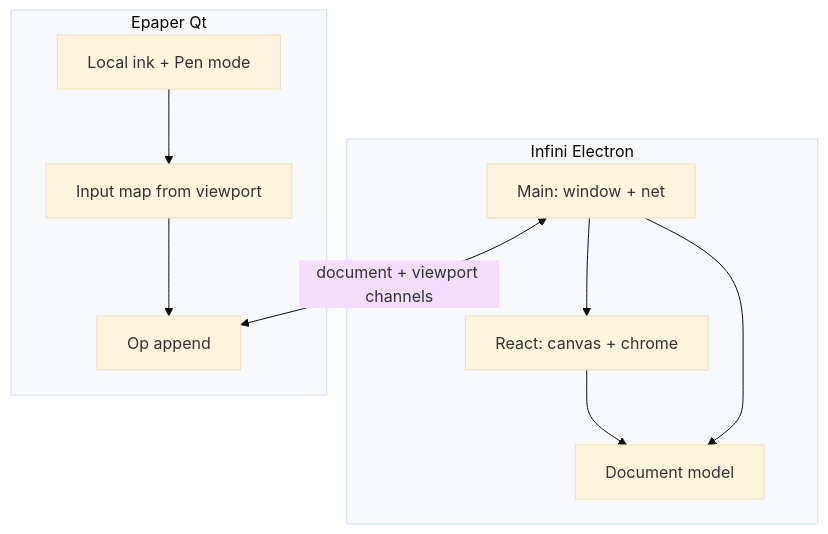
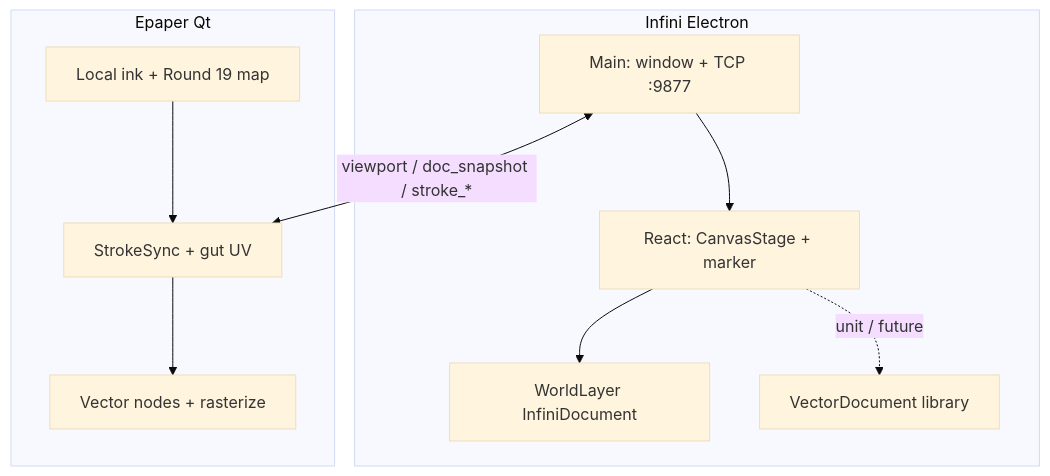
The second of 2 diagrams in .docs/modules/infini/architecture.md (hoaidv/reawa), drawn with Mermaid (base theme) before and after one commit. The commit also changed other lines of this file and 18 other files, not shown here.

````diff
--- a/.docs/modules/infini/architecture.md
+++ b/.docs/modules/infini/architecture.md
@@ -66,19 +62,20 @@
 ```mermaid
 flowchart TB
   subgraph desktop["Infini Electron"]
-    main["Main: window + net"]
-    ui["React: canvas + chrome"]
-    doc["Document model"]
+    main["Main: window + TCP :9877"]
+    ui["React: CanvasStage + marker"]
+    world["WorldLayer InfiniDocument"]
+    tree["VectorDocument library"]
     main --> ui
-    ui --> doc
-    main --> doc
+    ui --> world
+    ui -.->|"unit / future"| tree
   end
   subgraph device["Epaper Qt"]
-    ink["Local ink + Pen mode"]
-    map["Input map from viewport"]
-    elog["Op append"]
-    ink --> map
-    map --> elog
+    ink["Local ink + Round 19 map"]
+    sync["StrokeSync + gut UV"]
+    vec["Vector nodes + rasterize"]
+    ink --> sync
+    sync --> vec
   end
-  main <-->|"document + viewport channels"| elog
+  main <-->|"viewport / doc_snapshot / stroke_*"| sync
 ```
````
